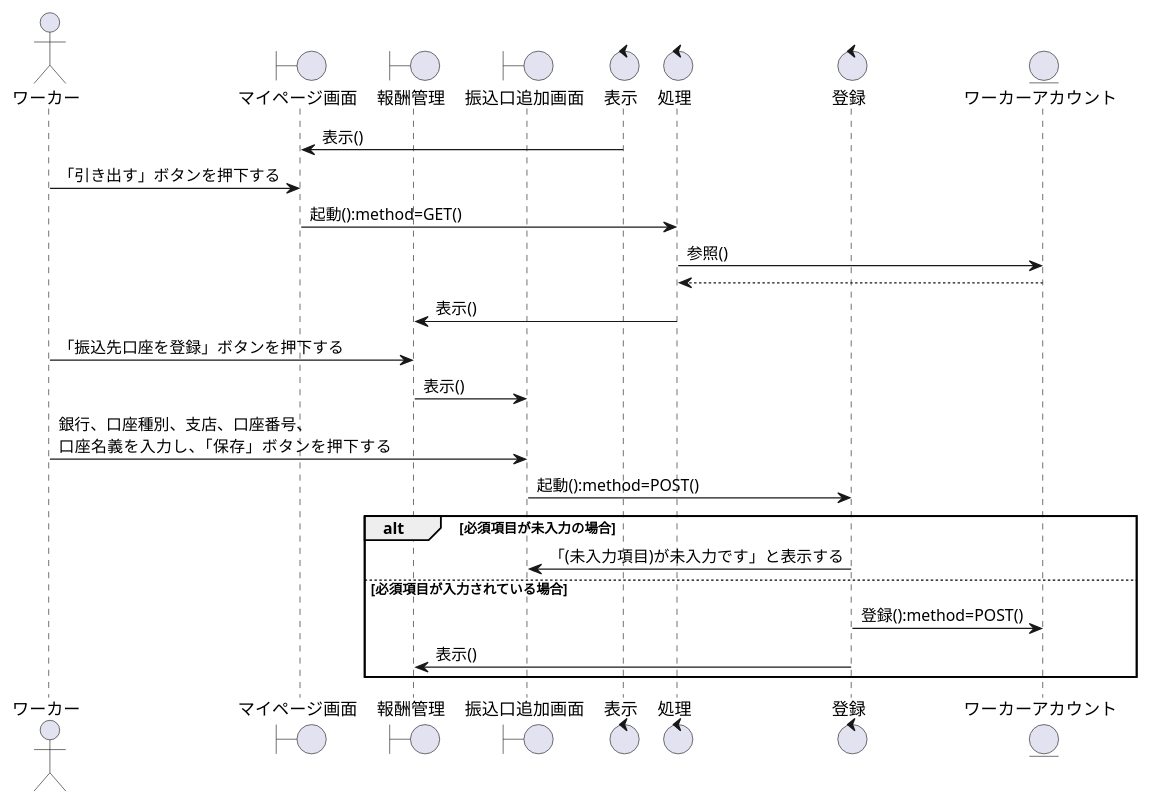
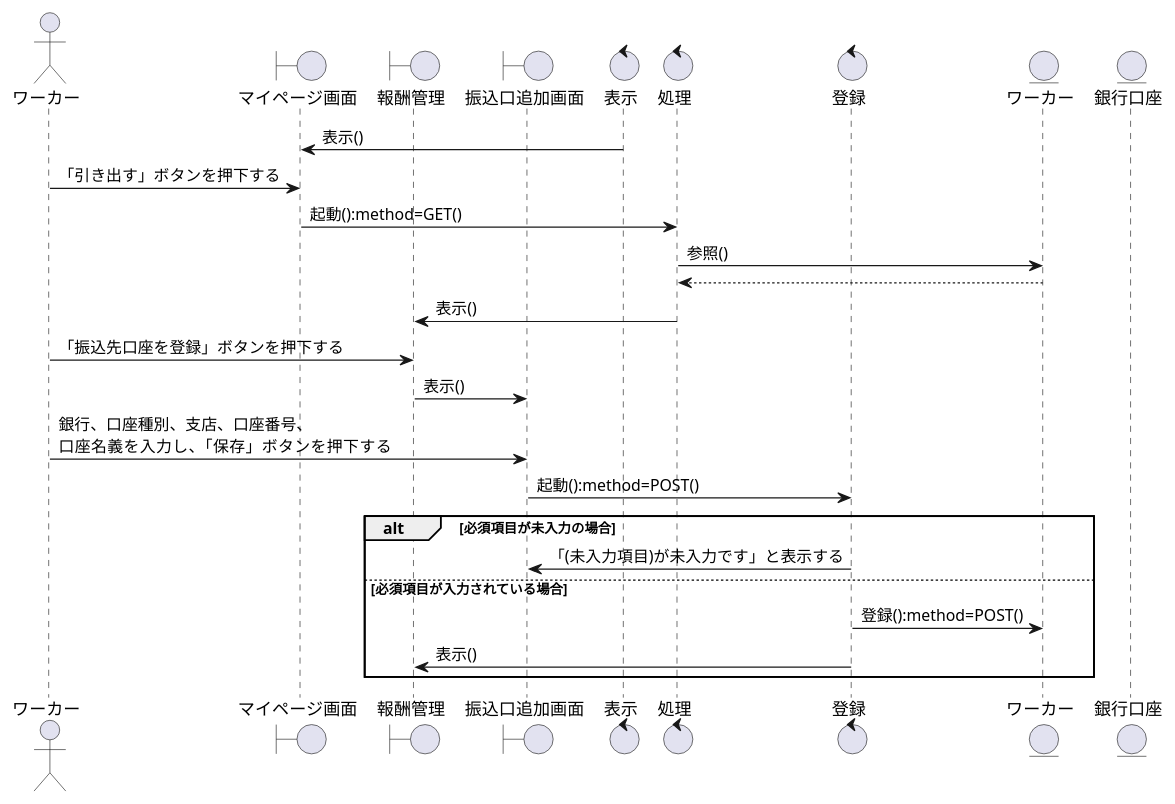
One commit to irukacb256/high_Me changed the diagram in sequence_fig/7_acconts_fn/04_口座の登録をする.pu. Above: the diagram before and after it, drawn with PlantUML. The commit also changed 39 other files, not shown here.

```diff
--- a/sequence_fig/7_acconts_fn/04_口座の登録をする.pu
+++ b/sequence_fig/7_acconts_fn/04_口座の登録をする.pu
@@ -1,37 +1,38 @@
 @startuml 口座の登録をする
 
 actor ワーカー as wo1
 
 boundary マイページ画面 as bo1
 
 boundary 報酬管理 as bo1
 boundary 報酬管理 as bo2
 boundary 振込口追加画面 as bo3
 
 control 表示 as co1
 control 処理 as co2
 control 登録 as co3
 
-entity ワーカーアカウント as en1
+entity ワーカー as en1
+entity 銀行口座 as en2
 
 co1 -> bo1:表示()
 wo1 -> bo1:「引き出す」ボタンを押下する
 bo1 -> co2:起動():method=GET()
 co2 -> en1:参照()
 en1 --> co2
 
 co2 -> bo2:表示()
 wo1 -> bo2:「振込先口座を登録」ボタンを押下する
 bo2 -> bo3:表示()
 wo1 -> bo3:銀行、口座種別、支店、口座番号、\n口座名義を入力し、「保存」ボタンを押下する
 bo3 -> co3:起動():method=POST()
 alt 必須項目が未入力の場合
     co3 -> bo3:「(未入力項目)が未入力です」と表示する
 
 else 必須項目が入力されている場合
     co3 -> en1:登録():method=POST()
     co3 -> bo2:表示()
 
 end
 
 @enduml
```
